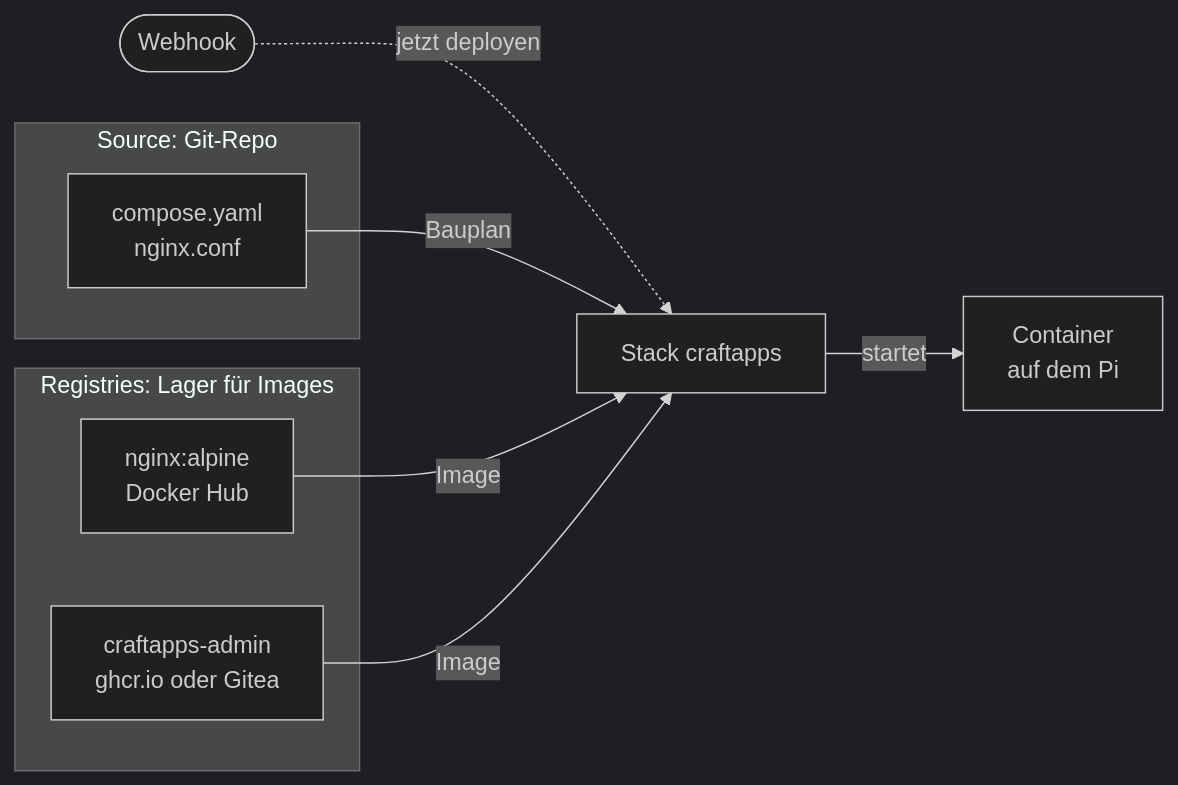
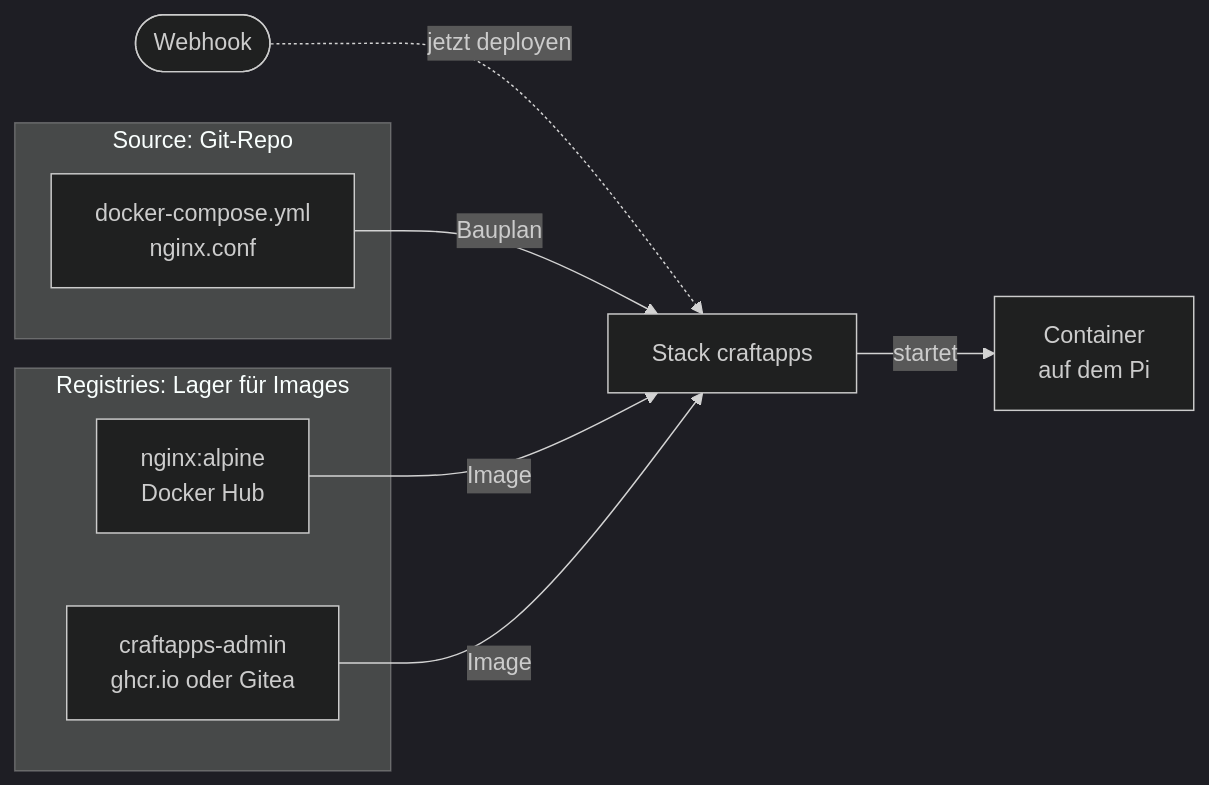
One commit to Pr0gh4nt3r/CraftApps changed the third of 4 diagrams in README.de.md. Above: the diagram before and after it, drawn with Mermaid (dark theme). The commit also changed other lines of this file and 8 other files, not shown here.

First line of the commit message:
refactor(compose): rename the compose files to docker-compose.yml

````diff
--- a/README.de.md
+++ b/README.de.md
@@ -101,15 +101,15 @@
 ```mermaid
 flowchart LR
   subgraph registries ["Registries: Lager für Images"]
     nginx["nginx:alpine<br/>Docker Hub"]
     image["craftapps-admin<br/>ghcr.io oder Gitea"]
   end
   subgraph source ["Source: Git-Repo"]
-    files["compose.yaml<br/>nginx.conf"]
+    files["docker-compose.yml<br/>nginx.conf"]
   end
   webhook(["Webhook"]) -.->|"jetzt deployen"| stack
   files -->|"Bauplan"| stack["Stack craftapps"]
   nginx -->|"Image"| stack
   image -->|"Image"| stack
   stack -->|"startet"| containers["Container<br/>auf dem Pi"]
 ```
````
